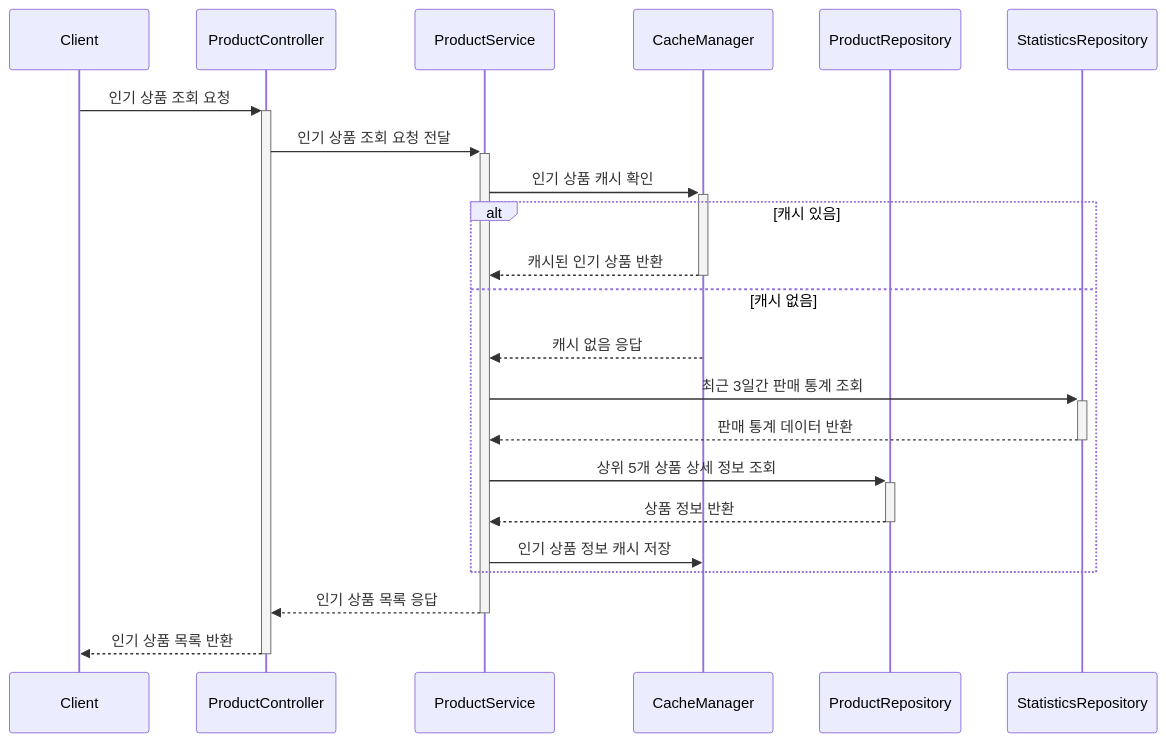
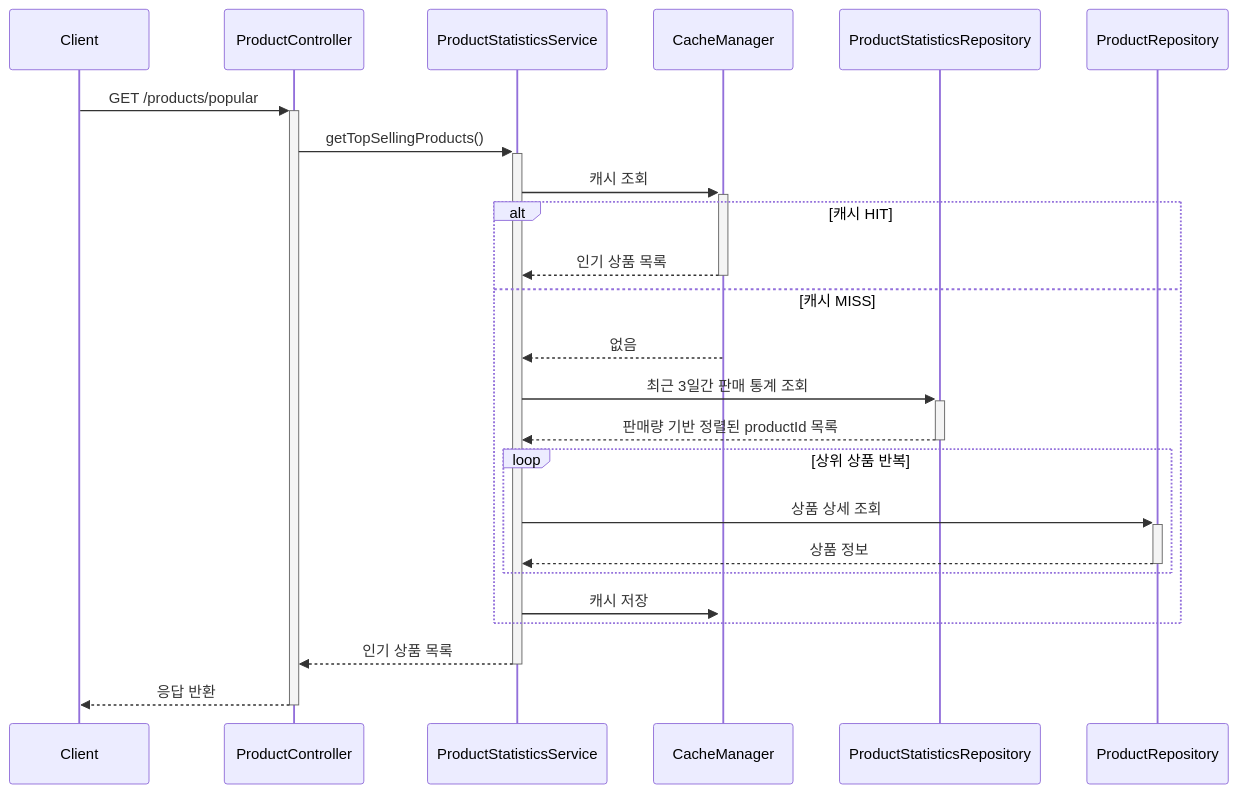
One commit to thedev-junyoung/hanghae-plus-7wd changed the diagram in docs/sequence-diagram/인기 상품 조회.md. Above: the diagram before and after it, drawn with Mermaid. The commit also changed other lines of this file and 34 other files, not shown here.

````diff
--- a/docs/sequence-diagram/인기 상품 조회.md
+++ b/docs/sequence-diagram/인기 상품 조회.md
@@ -18,36 +20,33 @@
 ```mermaid
-    sequenceDiagram
+ sequenceDiagram
     participant Client
     participant ProductController
-    participant ProductService
+    participant ProductStatisticsService
     participant CacheManager
+    participant ProductStatisticsRepository
     participant ProductRepository
-    participant StatisticsRepository
 
-%% 인기 상품 조회 프로세스
-    Client->>+ProductController: 인기 상품 조회 요청
-    ProductController->>+ProductService: 인기 상품 조회 요청 전달
+    Client->>+ProductController: GET /products/popular
+    ProductController->>+ProductStatisticsService: getTopSellingProducts()
 
-%% 캐시 확인
-    ProductService->>+CacheManager: 인기 상품 캐시 확인
+    ProductStatisticsService->>+CacheManager: 캐시 조회
+    alt 캐시 HIT
+        CacheManager-->>-ProductStatisticsService: 인기 상품 목록
+    else 캐시 MISS
+        CacheManager-->>ProductStatisticsService: 없음
+        ProductStatisticsService->>+ProductStatisticsRepository: 최근 3일간 판매 통계 조회
+        ProductStatisticsRepository-->>-ProductStatisticsService: 판매량 기반 정렬된 productId 목록
 
-    alt 캐시 있음
-        CacheManager-->>-ProductService: 캐시된 인기 상품 반환
-    else 캐시 없음
-        CacheManager-->>ProductService: 캐시 없음 응답
+        loop 상위 상품 반복
+            ProductStatisticsService->>+ProductRepository: 상품 상세 조회
+            ProductRepository-->>-ProductStatisticsService: 상품 정보
+        end
 
-    %% 최근 3일 판매 데이터 집계
-        ProductService->>+StatisticsRepository: 최근 3일간 판매 통계 조회
-        StatisticsRepository-->>-ProductService: 판매 통계 데이터 반환
-
-    %% 상품 정보 조회
-        ProductService->>+ProductRepository: 상위 5개 상품 상세 정보 조회
-        ProductRepository-->>-ProductService: 상품 정보 반환
-
-    %% 결과 캐싱
-        ProductService->>CacheManager: 인기 상품 정보 캐시 저장
+        ProductStatisticsService->>+CacheManager: 캐시 저장
     end
 
-    ProductService-->>-ProductController: 인기 상품 목록 응답
-    ProductController-->>-Client: 인기 상품 목록 반환
+    ProductStatisticsService-->>-ProductController: 인기 상품 목록
+    ProductController-->>-Client: 응답 반환
+
+
 ```
````
